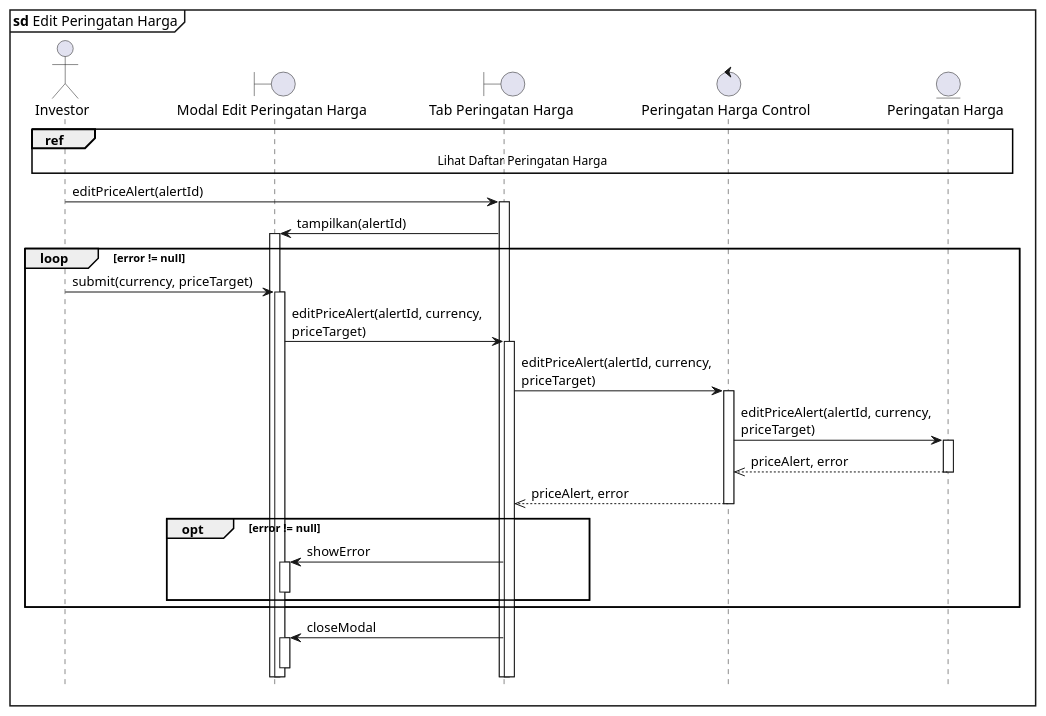
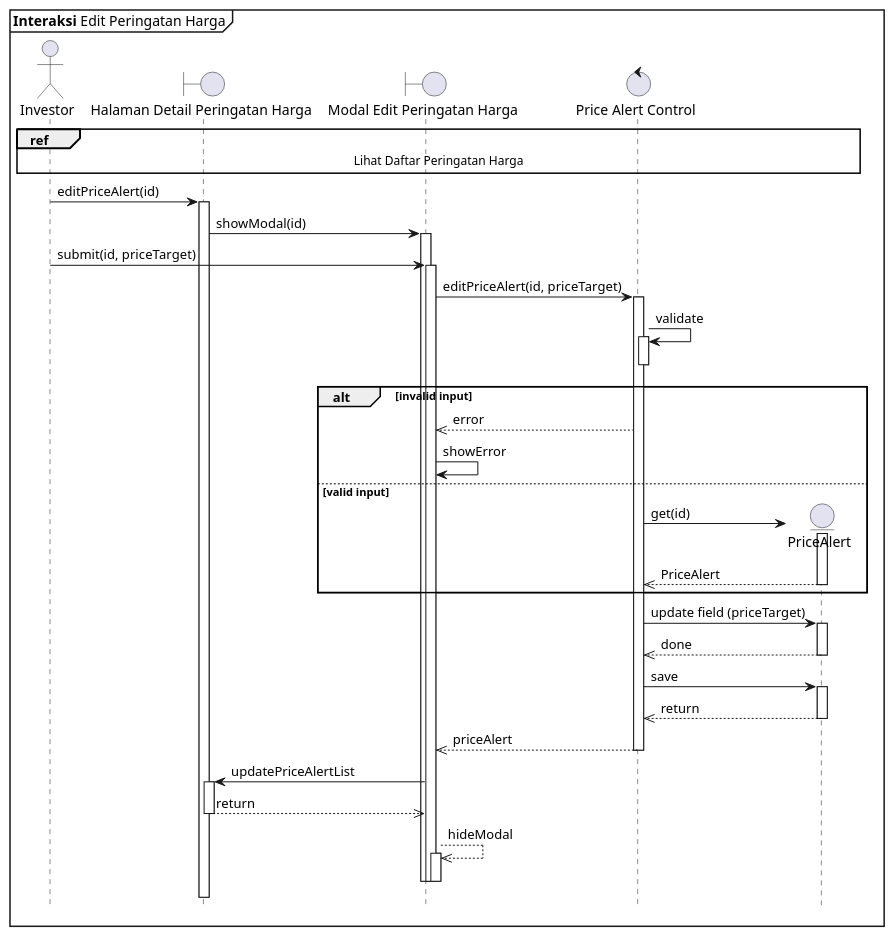
The diagram in sequence/edit-peringatan-harga.puml (clarestarahma/manajemen-investasi), drawn with PlantUML before and after one commit. The commit also changed 19 other files, not shown here.

```diff
--- a/sequence/edit-peringatan-harga.puml
+++ b/sequence/edit-peringatan-harga.puml
@@ -1,37 +1,73 @@
 @startuml Sequence
 
 skinparam maxMessageSize 250
+hide footbox
 
-hide footbox
-autoactivate on
-
-mainframe **sd** Edit Peringatan Harga
+mainframe **Interaksi** Edit Peringatan Harga
 
 actor Investor as I
-boundary "Modal Edit Peringatan Harga" as PEPH
-boundary "Tab Peringatan Harga" as TPH
-control "Peringatan Harga Control" as PHC
-entity "Peringatan Harga" as PH
+boundary "Halaman Detail Peringatan Harga" as HDP
+boundary "Modal Edit Peringatan Harga" as MEPH
+control "Price Alert Control" as PAC
+entity "PriceAlert" as PA
 
-ref over I, PH : Lihat Daftar Peringatan Harga
+ref over I, PA : Lihat Daftar Peringatan Harga
 
-I -> TPH : editPriceAlert(alertId)
-TPH -> PEPH : tampilkan(alertId)
+' User opens the price alert modal
+I -> HDP : editPriceAlert(id)
+activate HDP
 
-loop error != null
-  I -> PEPH : submit(currency, priceTarget)
-  PEPH -> TPH : editPriceAlert(alertId, currency, priceTarget)
-  TPH -> PHC : editPriceAlert(alertId, currency, priceTarget)
-  PHC -> PH : editPriceAlert(alertId, currency, priceTarget)
-  PH -->> PHC : priceAlert, error
-  PHC -->> TPH : priceAlert, error
+HDP -> MEPH : showModal(id)
+activate MEPH
 
-  opt error != null
-    TPH -> PEPH : showError
-    deactivate PEPH
-  end
+' User submits form
+I -> MEPH : submit(id, priceTarget)
+activate MEPH
+
+MEPH -> PAC : editPriceAlert(id, priceTarget)
+activate PAC
+
+'Validation step
+PAC -> PAC : validate
+activate PAC
+deactivate PAC
+
+alt invalid input
+  PAC -->> MEPH : error
+  MEPH -> MEPH : showError
+else valid input
+  PAC -> PA ** : get(id)
+  activate PA
+
+  PA -->> PAC : PriceAlert
+  deactivate PA
 end
 
-TPH -> PEPH : closeModal
-deactivate PEPH
+PAC -> PA : update field (priceTarget)
+activate PA
+
+PA -->> PAC : done
+deactivate PA
+
+PAC -> PA : save
+activate PA
+PA -->> PAC : return
+deactivate PA
+
+PAC -->> MEPH : priceAlert
+deactivate PAC
+
+'Update UI and close modal
+MEPH -> HDP : updatePriceAlertList
+activate HDP
+
+HDP -->> MEPH : return
+deactivate HDP
+
+MEPH -->> MEPH : hideModal
+activate MEPH
+deactivate MEPH
+deactivate MEPH
+deactivate MEPH
+
 @enduml
```
